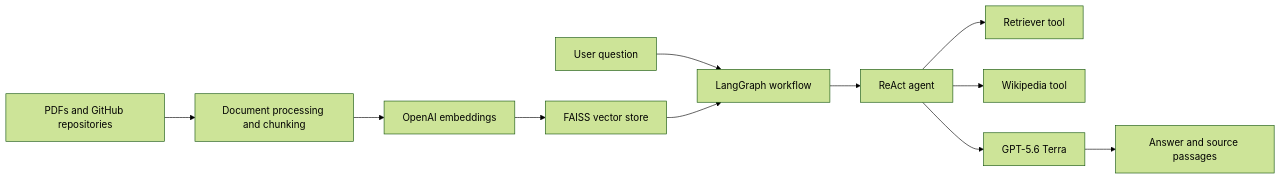
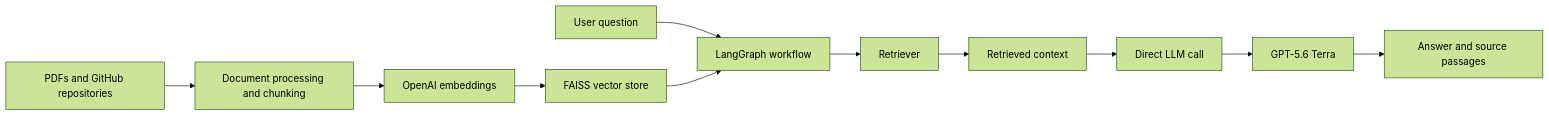
Before and after one commit to JayantPrakash/AI-Career-Profile-Assistant: the diagram in README.md, drawn with Mermaid (forest theme). The commit also changed other lines of this file, not shown here.

````diff
--- a/README.md
+++ b/README.md
@@ -23,13 +23,13 @@
 ```mermaid
 flowchart LR
     A[PDFs and GitHub repositories] --> B[Document processing and chunking]
     B --> C[OpenAI embeddings]
     C --> D[FAISS vector store]
     E[User question] --> F[LangGraph workflow]
     D --> F
-    F --> G[ReAct agent]
-    G --> H[Retriever tool]
-    G --> I[Wikipedia tool]
-    G --> J[GPT-5.6 Terra]
+    F --> G[Retriever]
+    G --> H[Retrieved context]
+    H --> I[Direct LLM call]
+    I --> J[GPT-5.6 Terra]
     J --> K[Answer and source passages]
 ```
````
